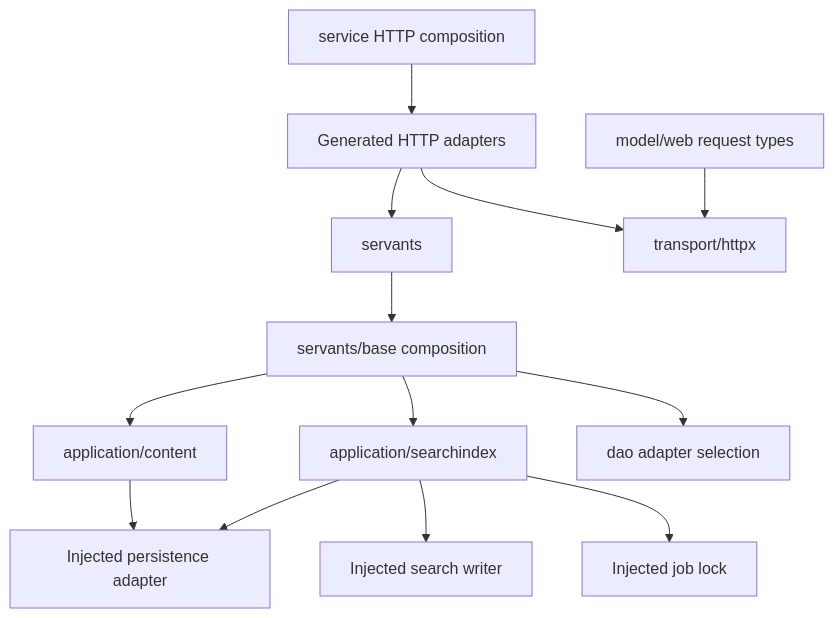
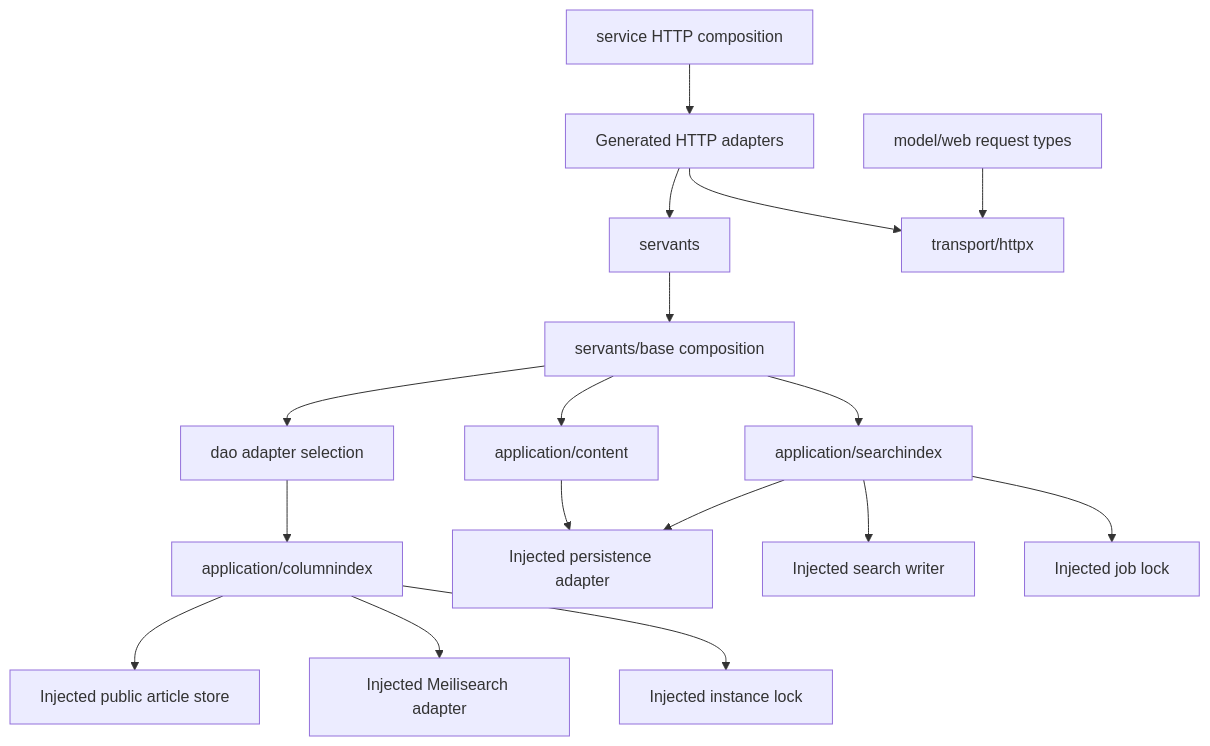
The diagram in docs/development/backend-structure.md (BZYA-Community/WebsiteCore), drawn with Mermaid before and after one commit. The commit also changed other lines of this file and 17 other files, not shown here.

````diff
--- a/docs/development/backend-structure.md
+++ b/docs/development/backend-structure.md
@@ -8,15 +8,19 @@
 ```mermaid
 flowchart TD
     Routes[Generated HTTP adapters] --> Handlers[servants]
     Routes --> HTTP[transport/httpx]
     Requests[model/web request types] --> HTTP
     Handlers --> Compose[servants/base composition]
     Compose --> Views[application/content]
     Compose --> Index[application/searchindex]
     Compose --> DAO[dao adapter selection]
+    DAO --> Columns[application/columnindex]
+    Columns --> ColumnStore[Injected public article store]
+    Columns --> ColumnWriter[Injected Meilisearch adapter]
+    Columns --> ColumnLock[Injected instance lock]
     Views --> Store[Injected persistence adapter]
     Index --> Store
     Index --> Writer[Injected search writer]
     Index --> Lock[Injected job lock]
     Servers[service HTTP composition] --> Routes
 ```
````
